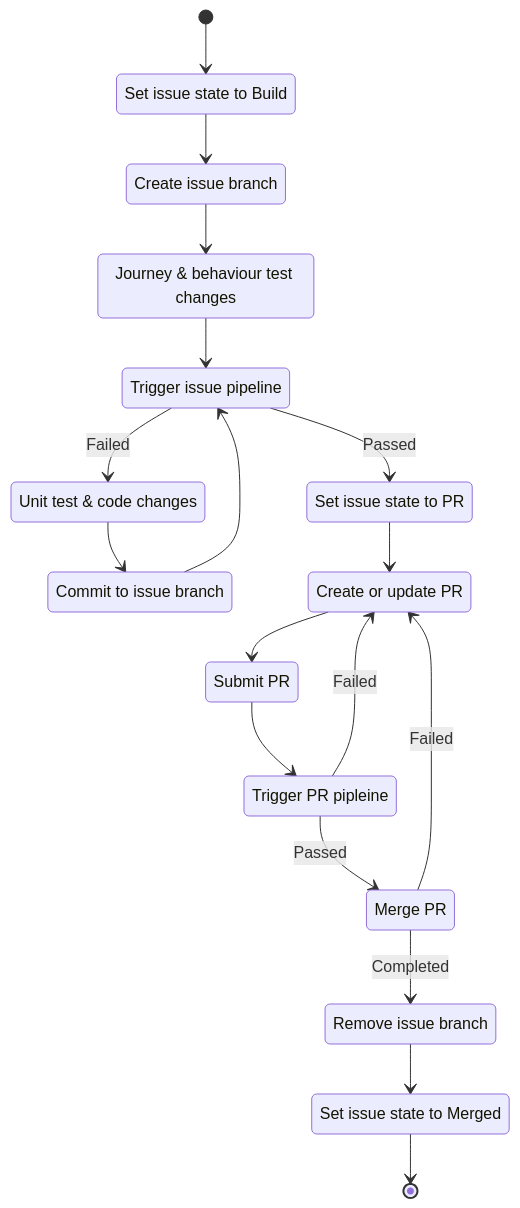
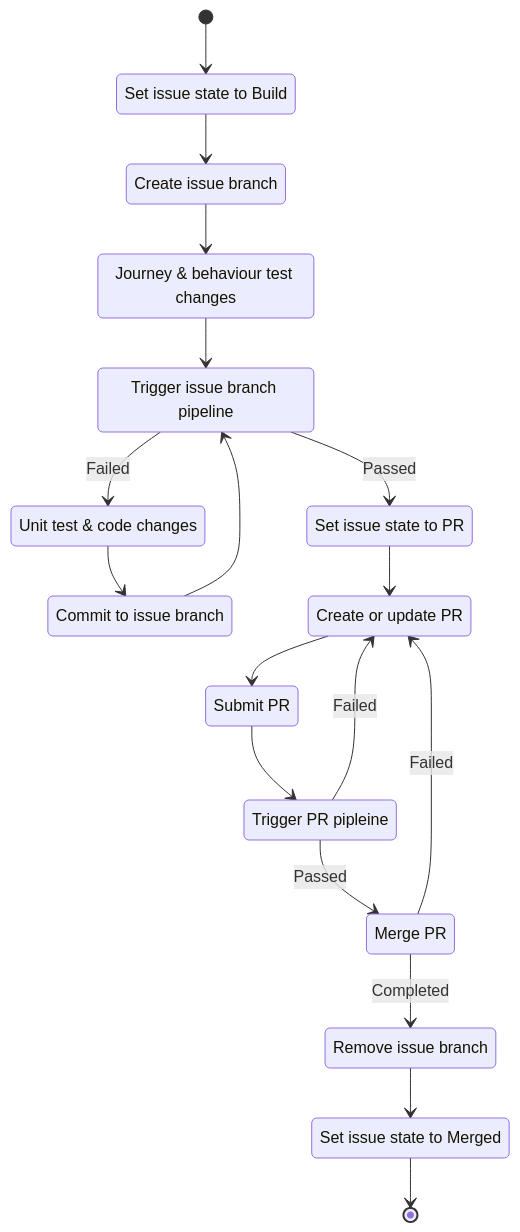
The fourth of 6 diagrams in docs/factory_pipelines.md (ContinuousEngineeringProject/ContinuousEngineeringProject.github.io), drawn with Mermaid before and after one commit. The commit also changed other lines of this file, not shown here.

Commit message:
docs: update issue branch pipeline

````diff
--- a/docs/factory_pipelines.md
+++ b/docs/factory_pipelines.md
@@ -52,34 +51,34 @@
 ```mermaid
 stateDiagram-v2
   s0 : Set issue state to Build
   s1 : Create issue branch
   s2 : Journey & behaviour test changes
-  s3 : Trigger issue pipeline
+  s3 : Trigger issue branch pipeline
   s4 : Unit test & code changes
   s9 : Commit to issue branch
   s11 : Set issue state to PR
   s5 : Create or update PR
   s6 : Submit PR
   s7 : Trigger PR pipleine
   s8 : Merge PR
   s10 : Remove issue branch
   s12 : Set issue state to Merged
   
   [*] --> s0
   s0 --> s1
   s1 --> s2
   s2 --> s3
   s3 --> s4 : Failed
   s4 --> s9
   s9 --> s3
   s3 --> s11 : Passed
   s11 --> s5
   s5 --> s6
   s6 --> s7
   s7 --> s5 : Failed
   s7 --> s8 : Passed
   s8 --> s5 : Failed
   s8 --> s10 : Completed
   s10 --> s12
   s12 --> [*]
 ```
````
